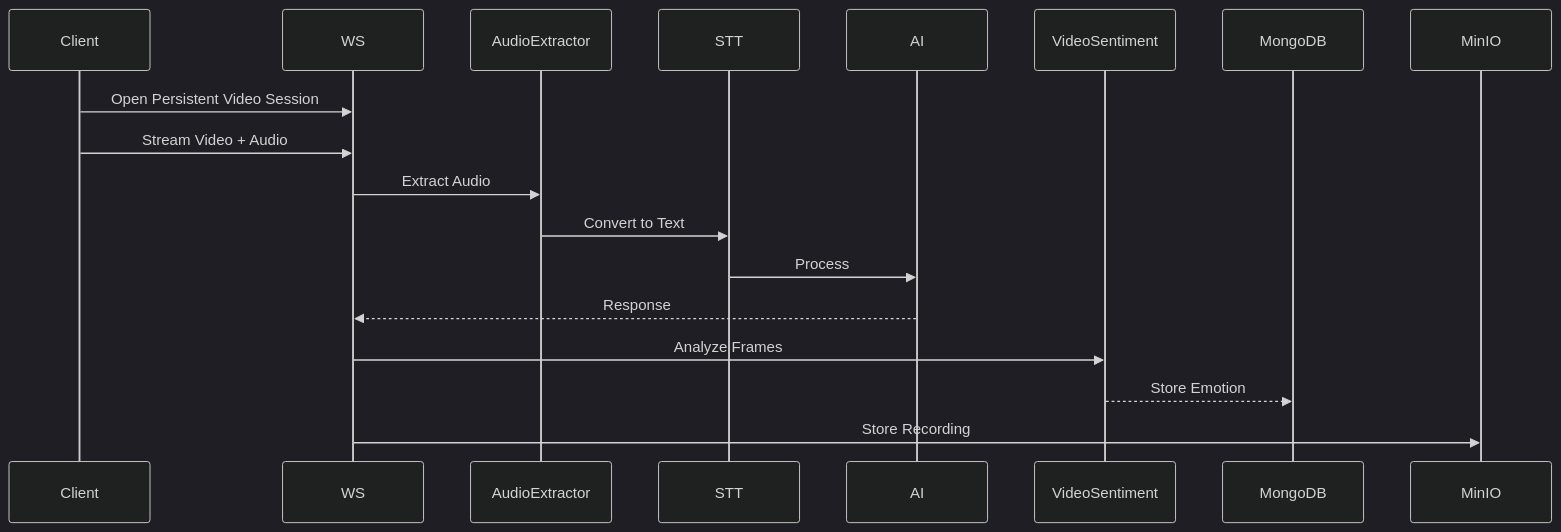
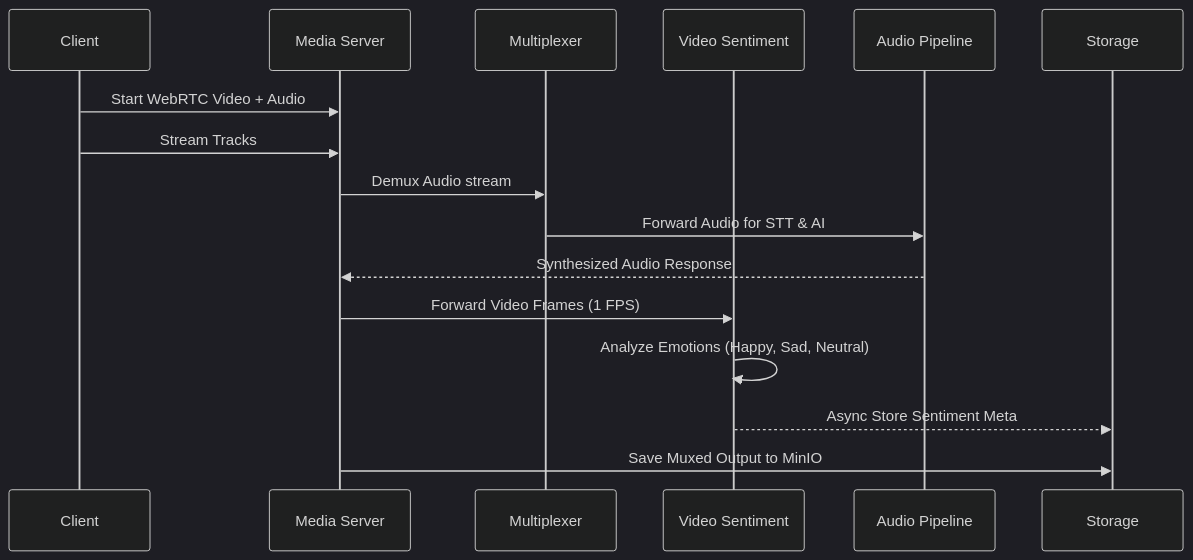
Diagram 12 of 18 in docs/QuestFlag_Communication_Module_Requirements_v15_FULL_DIAGRAMS.md (questflag/qf-apps), drawn with Mermaid (dark theme) before and after one commit. The commit also changed other lines of this file, not shown here.

````diff
--- a/docs/QuestFlag_Communication_Module_Requirements_v15_FULL_DIAGRAMS.md
+++ b/docs/QuestFlag_Communication_Module_Requirements_v15_FULL_DIAGRAMS.md
@@ -124,12 +403,19 @@
-``` mermaid
+```mermaid
 sequenceDiagram
-Client->>WS: Open Persistent Video Session
-Client->>WS: Stream Video + Audio
-WS->>AudioExtractor: Extract Audio
-AudioExtractor->>STT: Convert to Text
-STT->>AI: Process
-AI-->>WS: Response
-WS->>VideoSentiment: Analyze Frames
-VideoSentiment-->>MongoDB: Store Emotion
-WS->>MinIO: Store Recording
+    participant Client
+    participant WS as Media Server
+    participant AudioExtract as Multiplexer
+    participant Sent as Video Sentiment
+    participant AudioPipe as Audio Pipeline
+    participant DB as Storage
+
+    Client->>WS: Start WebRTC Video + Audio
+    Client->>WS: Stream Tracks
+    WS->>AudioExtract: Demux Audio stream
+    AudioExtract->>AudioPipe: Forward Audio for STT & AI
+    AudioPipe-->>WS: Synthesized Audio Response
+    WS->>Sent: Forward Video Frames (1 FPS)
+    Sent->>Sent: Analyze Emotions (Happy, Sad, Neutral)
+    Sent-->>DB: Async Store Sentiment Meta
+    WS->>DB: Save Muxed Output to MinIO
 ```
````
